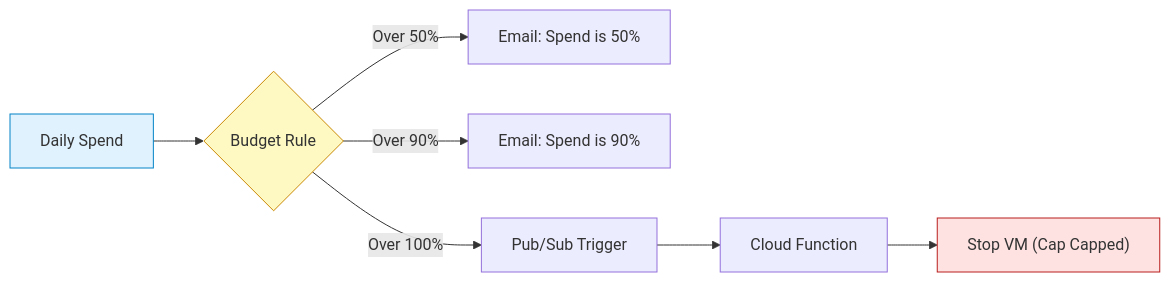
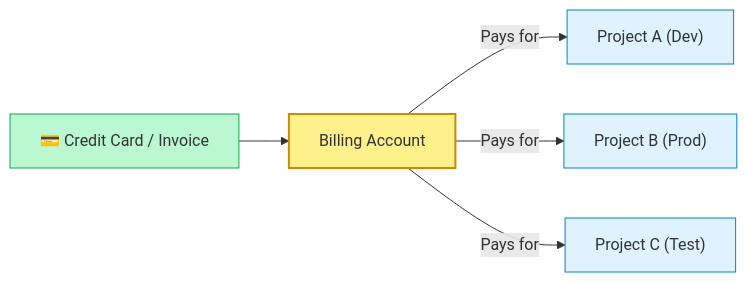
Before and after one commit to jyothivempa/gcp-study-plan: the diagram in curriculum/content/section_3_gcp_billing.md, drawn with Mermaid. The commit also changed other lines of this file and 6 other files, not shown here.

````diff
--- a/curriculum/content/section_3_gcp_billing.md
+++ b/curriculum/content/section_3_gcp_billing.md
@@ -37,13 +9,13 @@
 ```mermaid
 graph LR
-    Spend["Daily Spend"] --> Budget{"Budget Rule"}
-    Budget -- "Over 50%" --> Alert1["Email: Spend is 50%"]
-    Budget -- "Over 90%" --> Alert2["Email: Spend is 90%"]
-    Budget -- "Over 100%" --> PubSub["Pub/Sub Trigger"]
-    PubSub --> CloudFn["Cloud Function"]
-    CloudFn --> StopVM["Stop VM (Cap Capped)"]
-    
-    style Spend fill:#e0f2fe,stroke:#0284c7
-    style Budget fill:#fef9c3,stroke:#ca8a04
-    style StopVM fill:#fee2e2,stroke:#b91c1c
+    CC["💳 Credit Card / Invoice"] --> BA["Billing Account"]
+    BA -- Pays for --> P1["Project A (Dev)"]
+    BA -- Pays for --> P2["Project B (Prod)"]
+    BA -- Pays for --> P3["Project C (Test)"]
+
+    style CC fill:#bbf7d0,stroke:#16a34a
+    style BA fill:#fef08a,stroke:#ca8a04,stroke-width:2px
+    style P1 fill:#e0f2fe,stroke:#0284c7
+    style P2 fill:#e0f2fe,stroke:#0284c7
+    style P3 fill:#e0f2fe,stroke:#0284c7
 ```
````
